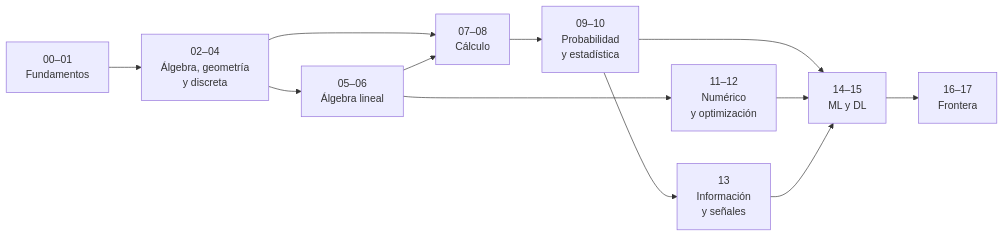
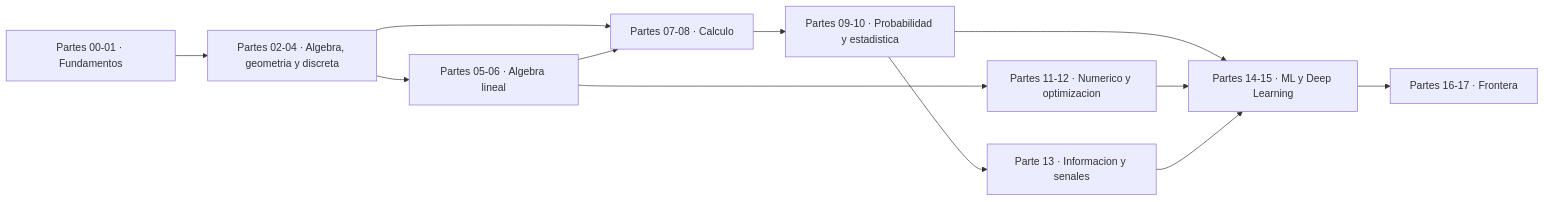
The diagram in docs/LEARNING_PATH.md (vladimiracunadev-create/computational-mathematics-program), drawn with Mermaid before and after one commit. The commit also changed 389 other files, not shown here.

First line of the commit message:
fix(diagramas): elimina el HTML de las etiquetas Mermaid

````diff
--- a/docs/LEARNING_PATH.md
+++ b/docs/LEARNING_PATH.md
@@ -19,14 +19,14 @@
 ```mermaid
 flowchart LR
-    F["00–01<br/>Fundamentos"] --> A["02–04<br/>Álgebra, geometría<br/>y discreta"]
-    A --> L["05–06<br/>Álgebra lineal"]
-    A --> C["07–08<br/>Cálculo"]
+    F["Partes 00-01 · Fundamentos"] --> A["Partes 02-04 · Algebra, geometria y discreta"]
+    A --> L["Partes 05-06 · Algebra lineal"]
+    A --> C["Partes 07-08 · Calculo"]
     L --> C
-    C --> P["09–10<br/>Probabilidad<br/>y estadística"]
-    L --> N["11–12<br/>Numérico<br/>y optimización"]
-    P --> I["13<br/>Información<br/>y señales"]
-    P --> M["14–15<br/>ML y DL"]
+    C --> P["Partes 09-10 · Probabilidad y estadistica"]
+    L --> N["Partes 11-12 · Numerico y optimizacion"]
+    P --> I["Parte 13 · Informacion y senales"]
+    P --> M["Partes 14-15 · ML y Deep Learning"]
     N --> M
     I --> M
-    M --> X["16–17<br/>Frontera"]
+    M --> X["Partes 16-17 · Frontera"]
 ```
````
